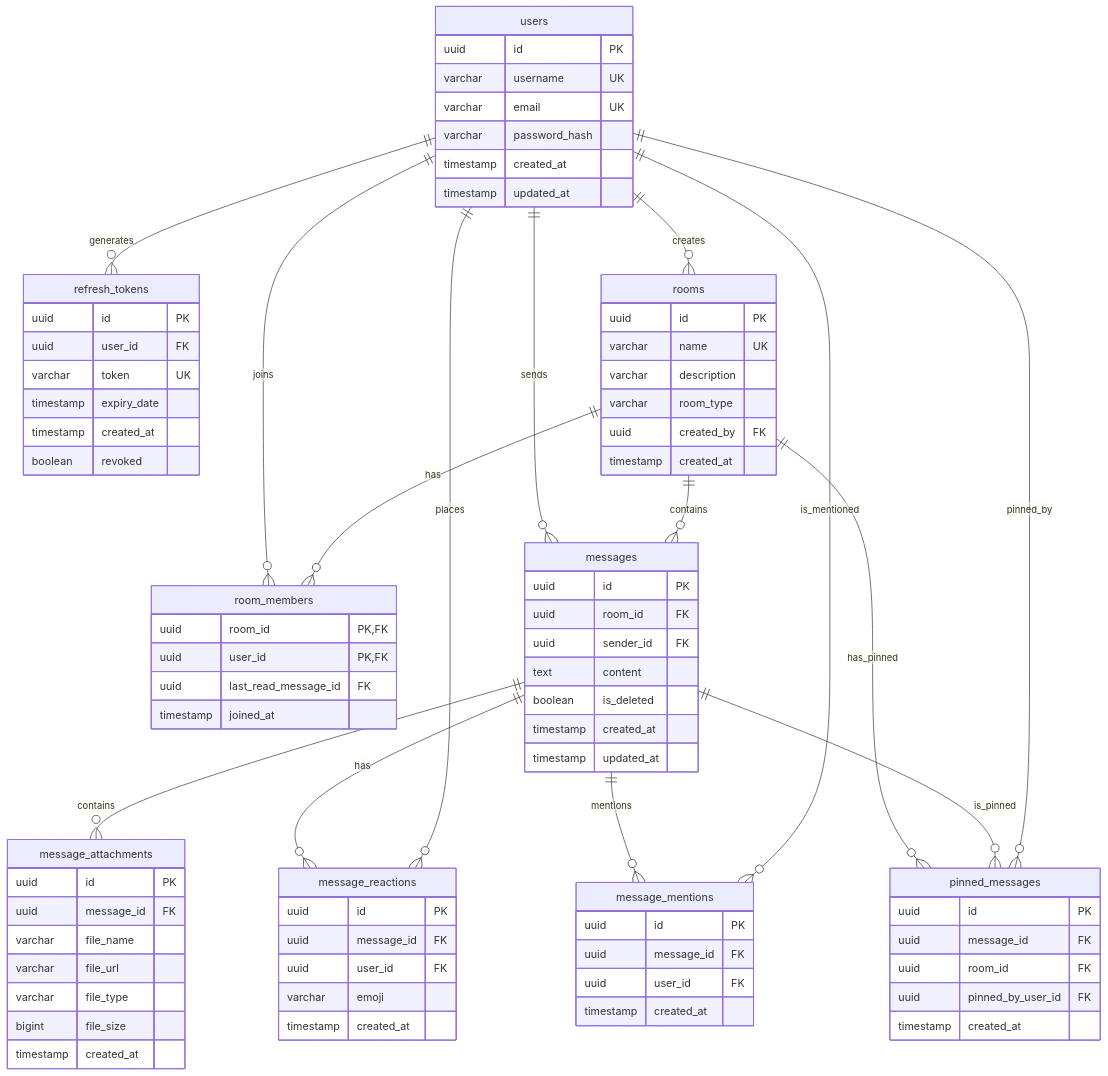
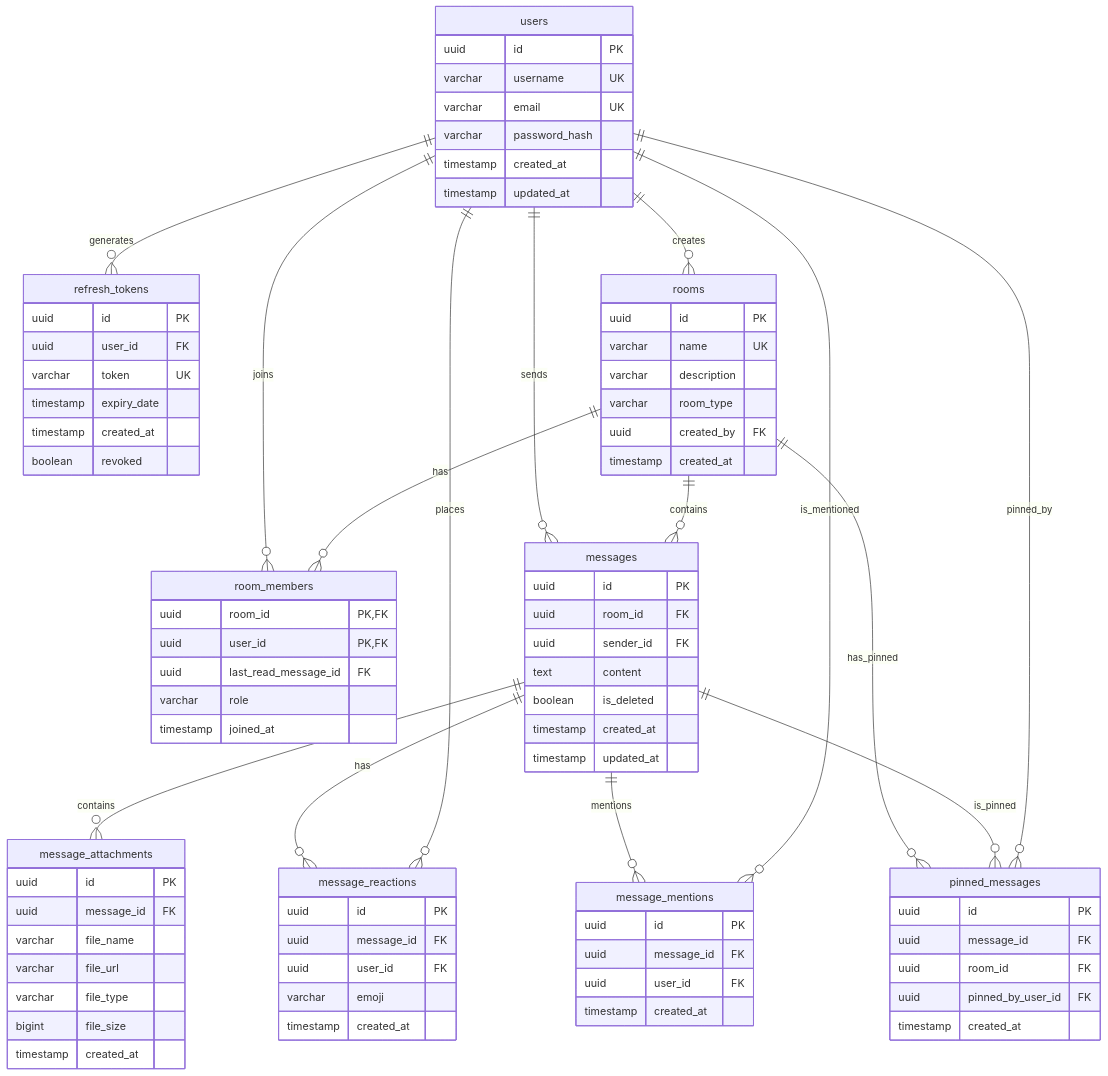
The diagram in docs/database-design.md (rishi-18/realtime-chat-application), drawn with Mermaid before and after one commit. The commit also changed other lines of this file and 17 other files, not shown here.

```diff
--- a/docs/database-design.md
+++ b/docs/database-design.md
@@ -36,6 +36,7 @@
         uuid room_id PK, FK
         uuid user_id PK, FK
         uuid last_read_message_id FK
+        varchar role
         timestamp joined_at
     }
     messages {
```
